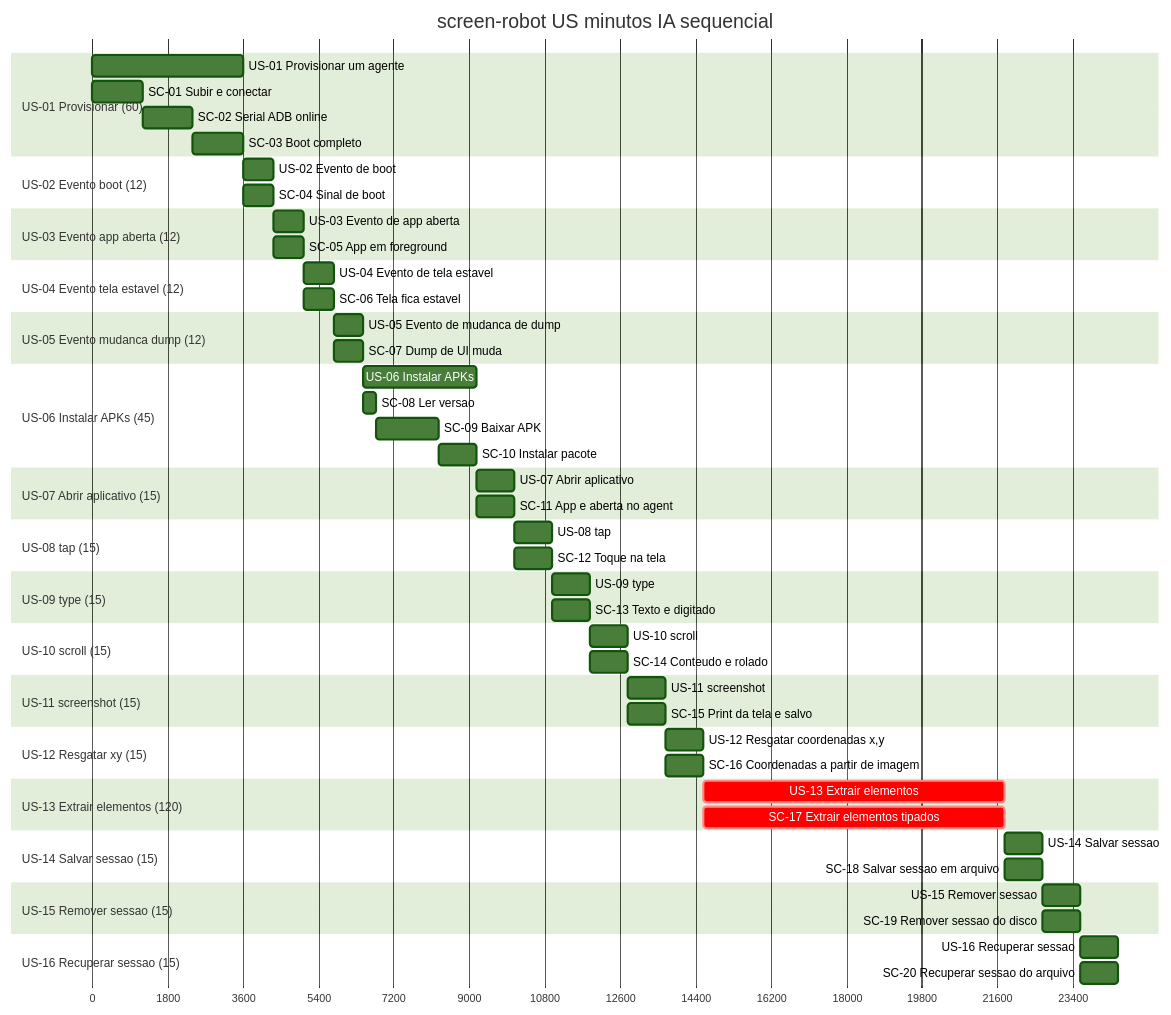
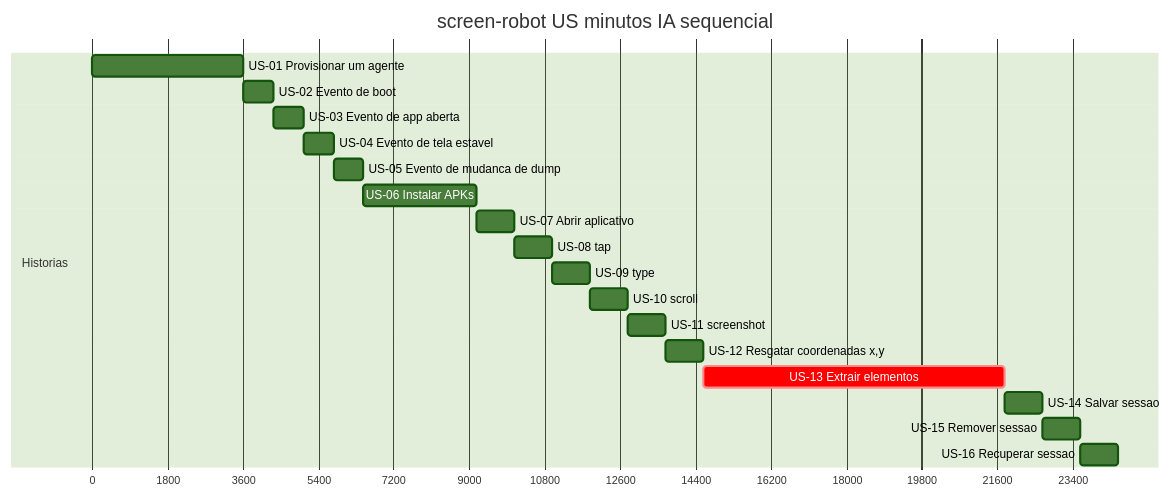
One commit to laerciogermano/workstation changed the diagram in connectmax/screen-robot/docs/tasks.md. Above: the diagram before and after it, drawn with Mermaid (forest theme). The commit also changed other lines of this file and 2 other files, not shown here.

Commit message:
Simplifica o Gantt do screen-robot para só histórias US em sequência.

````diff
--- a/connectmax/screen-robot/docs/tasks.md
+++ b/connectmax/screen-robot/docs/tasks.md
@@ -60,74 +59,24 @@
 ```mermaid
 gantt
   title screen-robot US minutos IA sequencial
   dateFormat X
   axisFormat %s
 
-  section US-01 Provisionar (60)
+  section Historias
   US-01 Provisionar um agente           :us01, 0, 60m
-  SC-01 Subir e conectar                :sc01, 0, 20m
-  SC-02 Serial ADB online               :sc02, after sc01, 20m
-  SC-03 Boot completo                   :sc03, after sc02, 20m
-
-  section US-02 Evento boot (12)
   US-02 Evento de boot                  :us02, after us01, 12m
-  SC-04 Sinal de boot                   :sc04, after us01, 12m
-
-  section US-03 Evento app aberta (12)
   US-03 Evento de app aberta            :us03, after us02, 12m
-  SC-05 App em foreground               :sc05, after us02, 12m
-
-  section US-04 Evento tela estavel (12)
   US-04 Evento de tela estavel          :us04, after us03, 12m
-  SC-06 Tela fica estavel               :sc06, after us03, 12m
-
-  section US-05 Evento mudanca dump (12)
   US-05 Evento de mudanca de dump       :us05, after us04, 12m
-  SC-07 Dump de UI muda                 :sc07, after us04, 12m
-
-  section US-06 Instalar APKs (45)
   US-06 Instalar APKs                   :us06, after us05, 45m
-  SC-08 Ler versao                      :sc08, after us05, 5m
-  SC-09 Baixar APK                      :sc09, after sc08, 25m
-  SC-10 Instalar pacote                 :sc10, after sc09, 15m
-
-  section US-07 Abrir aplicativo (15)
   US-07 Abrir aplicativo                :us07, after us06, 15m
-  SC-11 App e aberta no agent           :sc11, after us06, 15m
-
-  section US-08 tap (15)
   US-08 tap                             :us08, after us07, 15m
-  SC-12 Toque na tela                   :sc12, after us07, 15m
-
-  section US-09 type (15)
   US-09 type                            :us09, after us08, 15m
-  SC-13 Texto e digitado                :sc13, after us08, 15m
-
-  section US-10 scroll (15)
   US-10 scroll                          :us10, after us09, 15m
-  SC-14 Conteudo e rolado               :sc14, after us09, 15m
-
-  section US-11 screenshot (15)
   US-11 screenshot                      :us11, after us10, 15m
-  SC-15 Print da tela e salvo           :sc15, after us10, 15m
-
-  section US-12 Resgatar xy (15)
   US-12 Resgatar coordenadas x,y        :us12, after us11, 15m
-  SC-16 Coordenadas a partir de imagem  :sc16, after us11, 15m
-
-  section US-13 Extrair elementos (120)
   US-13 Extrair elementos               :crit, us13, after us12, 120m
-  SC-17 Extrair elementos tipados       :crit, sc17, after us12, 120m
-
-  section US-14 Salvar sessao (15)
   US-14 Salvar sessao                   :us14, after us13, 15m
-  SC-18 Salvar sessao em arquivo        :sc18, after us13, 15m
-
-  section US-15 Remover sessao (15)
   US-15 Remover sessao                  :us15, after us14, 15m
-  SC-19 Remover sessao do disco         :sc19, after us14, 15m
-
-  section US-16 Recuperar sessao (15)
   US-16 Recuperar sessao                :us16, after us15, 15m
-  SC-20 Recuperar sessao do arquivo     :sc20, after us15, 15m
 ```
````
